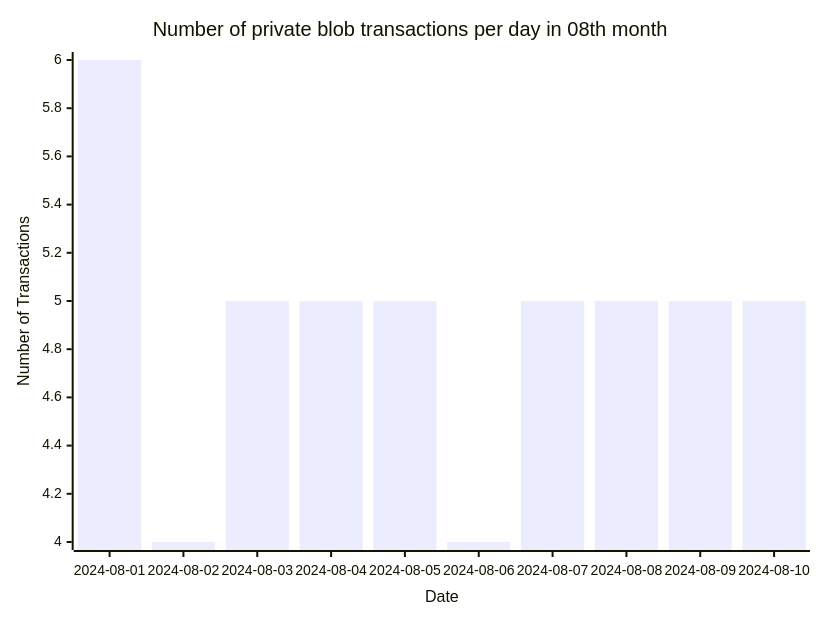
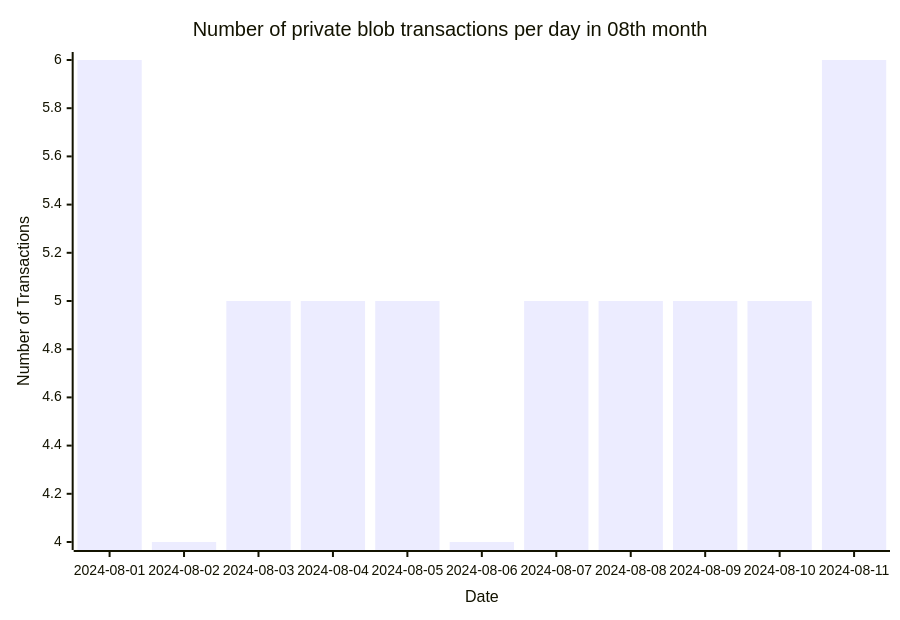
The sixth of 6 diagrams in README.md (Amit0617/eip4844-data), drawn with Mermaid before and after one commit. The commit also changed 1 other file, not shown here.

````diff
--- a/README.md
+++ b/README.md
@@ -66,12 +66,12 @@
 ```mermaid
 ---
 config:
     xyChart:
-        width: 800
+        width: 880
         height: 600
 ---
 xychart-beta title "Number of private blob transactions per day in 08th month"
-x-axis "Date" [2024-08-01,2024-08-02,2024-08-03,2024-08-04,2024-08-05,2024-08-06,2024-08-07,2024-08-08,2024-08-09,2024-08-10]
+x-axis "Date" [2024-08-01,2024-08-02,2024-08-03,2024-08-04,2024-08-05,2024-08-06,2024-08-07,2024-08-08,2024-08-09,2024-08-10,2024-08-11]
 y-axis "Number of Transactions"
-bar[6,4,5,5,5,4,5,5,5,5]
+bar[6,4,5,5,5,4,5,5,5,5,6]
 ```
````
